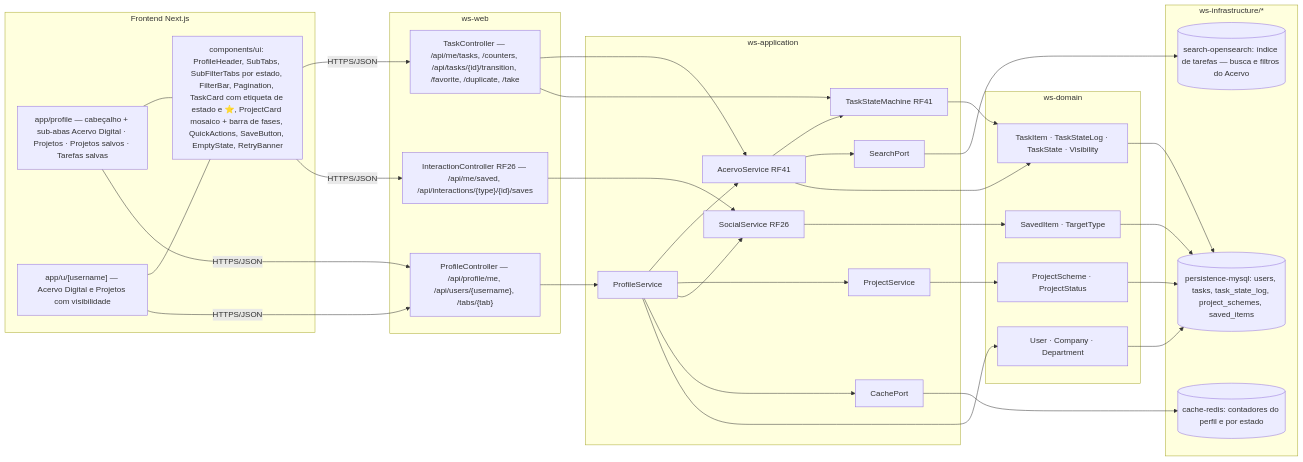
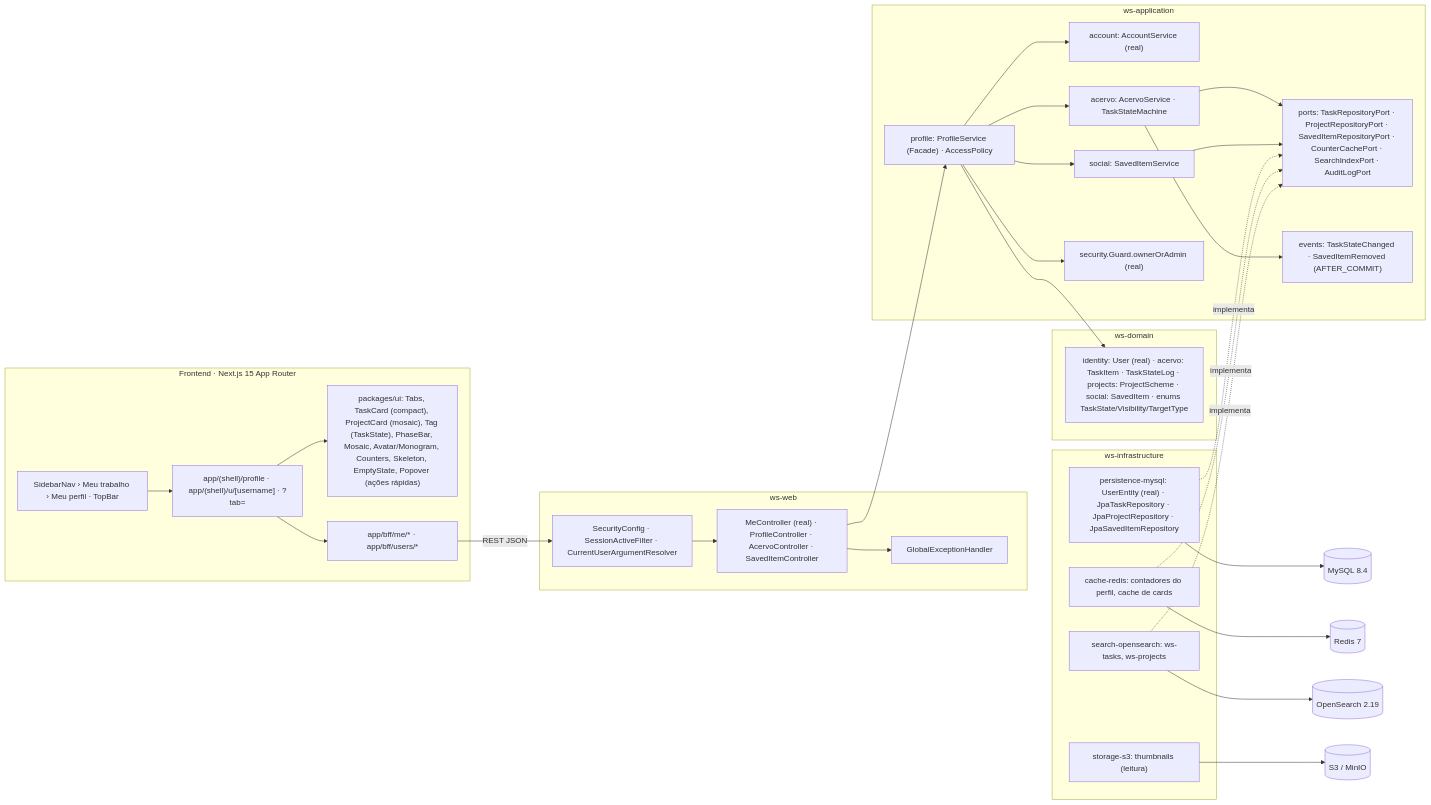
Before and after one commit to MatheusHaliski/Decia-app-2026: the fifth of 5 diagrams in docs/diagramas/RF6/README.md, drawn with Mermaid. The commit also changed other lines of this file and 4 other files, not shown here.

First line of the commit message:
docs(diagramas): reescreve RF6–RF9 (perfil empresarial, abrir tarefa do projeto, editar arquivos, equipe do chefe)

````diff
--- a/docs/diagramas/RF6/README.md
+++ b/docs/diagramas/RF6/README.md
@@ -496,65 +415,53 @@
 ```mermaid
 flowchart LR
-  subgraph FE["Frontend Next.js"]
-    F1["app/profile — cabeçalho + sub-abas Acervo Digital · Projetos · Projetos salvos · Tarefas salvas"]
-    F2["app/u/[username] — Acervo Digital e Projetos com visibilidade"]
-    F3["components/ui: ProfileHeader, SubTabs, SubFilterTabs por estado, FilterBar, Pagination, TaskCard com etiqueta de estado e ⭐, ProjectCard mosaico + barra de fases, QuickActions, SaveButton, EmptyState, RetryBanner"]
+  subgraph FE["Frontend · Next.js 15 App Router"]
+    PG["app/(shell)/profile · app/(shell)/u/[username] · ?tab="]
+    UI["packages/ui: Tabs, TaskCard (compact), ProjectCard (mosaic), Tag (TaskState), PhaseBar, Mosaic, Avatar/Monogram, Counters, Skeleton, EmptyState, Popover (ações rápidas)"]
+    SN["SidebarNav › Meu trabalho › Meu perfil · TopBar"]
+    BFF["app/bff/me/* · app/bff/users/*"]
+    PG --> UI
+    PG --> BFF
+    SN --> PG
+  end
+  subgraph WSWEB["ws-web"]
+    SEC["SecurityConfig · SessionActiveFilter · CurrentUserArgumentResolver"]
+    MC["MeController (real) · ProfileController · AcervoController · SavedItemController"]
+    GEH["GlobalExceptionHandler"]
+  end
+  subgraph WSAPP["ws-application"]
+    PF["profile: ProfileService (Facade) · AccessPolicy"]
+    AC["account: AccountService (real)"]
+    ACV["acervo: AcervoService · TaskStateMachine"]
+    SOC["social: SavedItemService"]
+    GD["security.Guard.ownerOrAdmin (real)"]
+    PORTS["ports: TaskRepositoryPort · ProjectRepositoryPort · SavedItemRepositoryPort · CounterCachePort · SearchIndexPort · AuditLogPort"]
+    EVT["events: TaskStateChanged · SavedItemRemoved (AFTER_COMMIT)"]
+    PF --> AC
+    PF --> ACV
+    PF --> SOC
+    PF --> GD
+    ACV --> PORTS
+    SOC --> PORTS
+    ACV --> EVT
+  end
+  subgraph WSDOM["ws-domain"]
+    DOM["identity: User (real) · acervo: TaskItem · TaskStateLog · projects: ProjectScheme · social: SavedItem · enums TaskState/Visibility/TargetType"]
+  end
+  subgraph INFRA["ws-infrastructure"]
+    MY["persistence-mysql: UserEntity (real) · JpaTaskRepository · JpaProjectRepository · JpaSavedItemRepository"]
+    RDS["cache-redis: contadores do perfil, cache de cards"]
+    OSE["search-opensearch: ws-tasks, ws-projects"]
+    S3["storage-s3: thumbnails (leitura)"]
   end
 
-  subgraph WEB["ws-web"]
-    C1["ProfileController — /api/profile/me, /api/users/{username}, /tabs/{tab}"]
-    C2["TaskController — /api/me/tasks, /counters, /api/tasks/{id}/transition, /favorite, /duplicate, /take"]
-    C3["InteractionController RF26 — /api/me/saved, /api/interactions/{type}/{id}/saves"]
-  end
-
-  subgraph APP["ws-application"]
-    S1["ProfileService"]
-    S2["AcervoService RF41"]
-    S3["TaskStateMachine RF41"]
-    S4["ProjectService"]
-    S5["SocialService RF26"]
-    P1["CachePort"]
-    P2["SearchPort"]
-  end
-
-  subgraph DOM["ws-domain"]
-    D1["User · Company · Department"]
-    D2["TaskItem · TaskStateLog · TaskState · Visibility"]
-    D3["ProjectScheme · ProjectStatus"]
-    D4["SavedItem · TargetType"]
-  end
-
-  subgraph INFRA["ws-infrastructure/*"]
-    I1[("persistence-mysql: users, tasks, task_state_log, project_schemes, saved_items")]
-    I2[("cache-redis: contadores do perfil e por estado")]
-    I3[("search-opensearch: índice de tarefas — busca e filtros do Acervo")]
-  end
-
-  F1 --- F3
-  F2 --- F3
-  F1 -->|"HTTPS/JSON"| C1
-  F2 -->|"HTTPS/JSON"| C1
-  F3 -->|"HTTPS/JSON"| C2
-  F3 -->|"HTTPS/JSON"| C3
-  C1 --> S1
-  C2 --> S2
-  C2 --> S3
-  C3 --> S5
-  S1 --> S2
-  S1 --> S4
-  S1 --> S5
-  S1 --> P1
-  S2 --> S3
-  S2 --> P2
-  S1 --> D1
-  S2 --> D2
-  S3 --> D2
-  S4 --> D3
-  S5 --> D4
-  D1 --> I1
-  D2 --> I1
-  D3 --> I1
-  D4 --> I1
-  P1 --> I2
-  P2 --> I3
+  BFF -->|"REST JSON"| SEC --> MC --> PF
+  MC --> GEH
+  MY -.implementa.-> PORTS
+  RDS -.implementa.-> PORTS
+  OSE -.implementa.-> PORTS
+  PF --> DOM
+  MY --> DB[("MySQL 8.4")]
+  RDS --> RD[("Redis 7")]
+  OSE --> OSX[("OpenSearch 2.19")]
+  S3 --> MINIO[("S3 / MinIO")]
 ```
````
